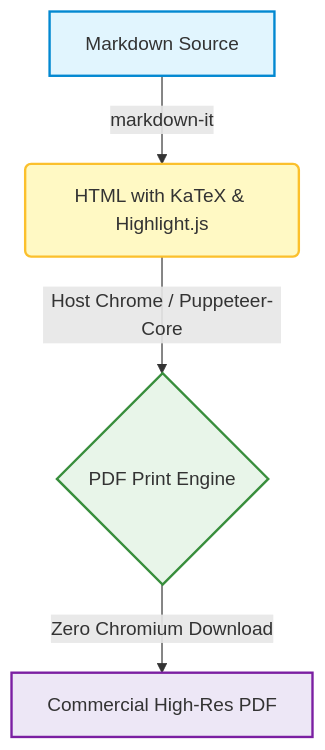
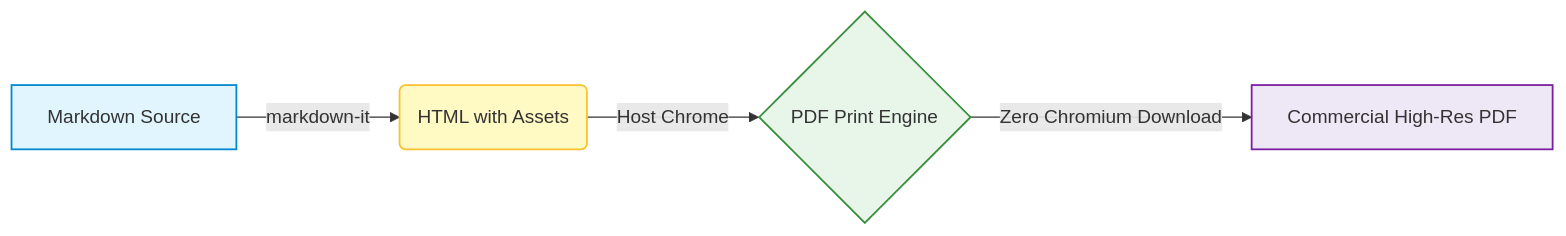
The diagram in examples/sample.md (ajaxsys/md-to-pdf-lite), drawn with Mermaid before and after one commit. The commit also changed other lines of this file and 24 other files, not shown here.

````diff
--- a/examples/sample.md
+++ b/examples/sample.md
@@ -62,11 +43,11 @@
 ```mermaid
-graph TD
-    A[Markdown Source] -->|markdown-it| B(HTML with KaTeX & Highlight.js)
-    B -->|Host Chrome / Puppeteer-Core| C{PDF Print Engine}
+graph LR
+    A[Markdown Source] -->|markdown-it| B(HTML with Assets)
+    B -->|Host Chrome| C{PDF Print Engine}
     C -->|Zero Chromium Download| D[Commercial High-Res PDF]
     
-    style A fill:#e1f5fe,stroke:#0288d1,stroke-width:2px
-    style B fill:#fff9c4,stroke:#fbc02d,stroke-width:2px
-    style C fill:#e8f5e9,stroke:#388e3c,stroke-width:2px
-    style D fill:#ede7f6,stroke:#7b1fa2,stroke-width:2px
+    style A fill:#e1f5fe,stroke:#0288d1,stroke-width:1.5px
+    style B fill:#fff9c4,stroke:#fbc02d,stroke-width:1.5px
+    style C fill:#e8f5e9,stroke:#388e3c,stroke-width:1.5px
+    style D fill:#ede7f6,stroke:#7b1fa2,stroke-width:1.5px
 ```
````
